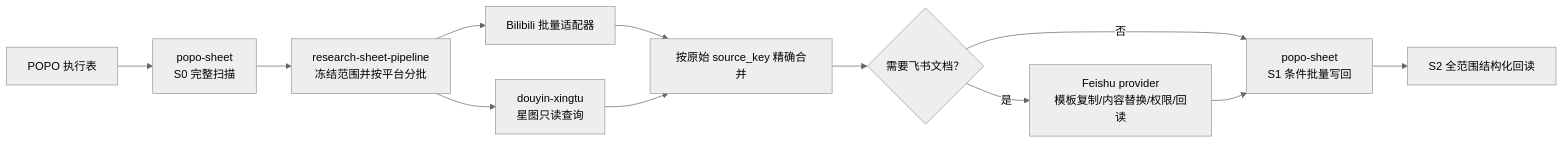
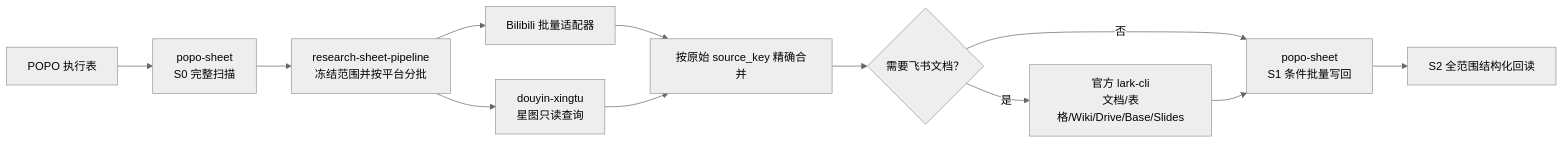
The diagram in README.md (vkai4323-byte/MPC-WORK), drawn with Mermaid (neutral theme) before and after one commit. The commit also changed other lines of this file and 6 other files, not shown here.

Commit message:
Integrate official Feishu CLI provider

````diff
--- a/README.md
+++ b/README.md
@@ -21,14 +21,14 @@
 ```mermaid
 flowchart LR
     A["POPO 执行表"] --> B["popo-sheet<br/>S0 完整扫描"]
     B --> C["research-sheet-pipeline<br/>冻结范围并按平台分批"]
     C --> D["Bilibili 批量适配器"]
     C --> E["douyin-xingtu<br/>星图只读查询"]
     D --> F["按原始 source_key 精确合并"]
     E --> F
     F --> I{"需要飞书文档？"}
     I -- "否" --> G["popo-sheet<br/>S1 条件批量写回"]
-    I -- "是" --> J["Feishu provider<br/>模板复制/内容替换/权限/回读"]
+    I -- "是" --> J["官方 lark-cli<br/>文档/表格/Wiki/Drive/Base/Slides"]
     J --> G
     G --> H["S2 全范围结构化回读"]
 ```
````
